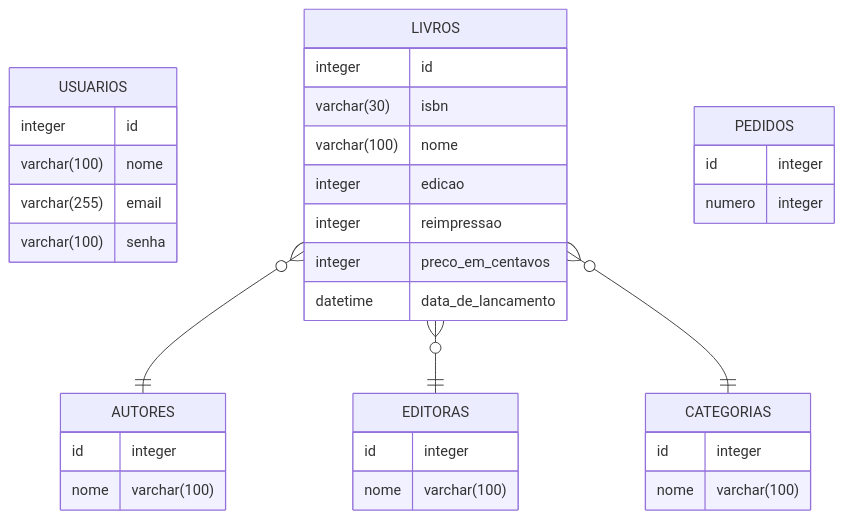
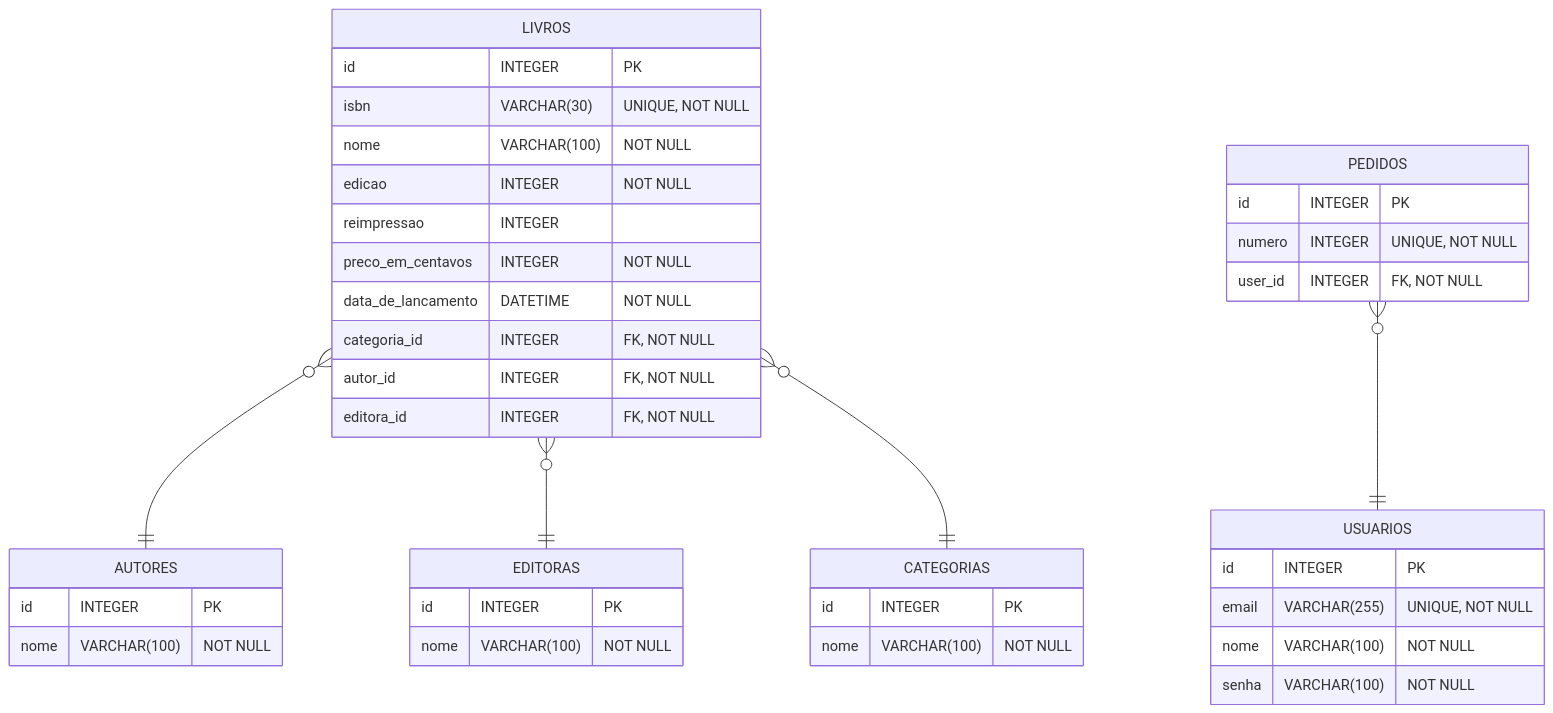
The diagram in docs/modeloRelacional.md (codando-junto/lucienne), drawn with Mermaid before and after one commit.

Commit message:
refact: adicionar chaves estrangeiras

````diff
--- a/docs/modeloRelacional.md
+++ b/docs/modeloRelacional.md
@@ -1,47 +1,52 @@
 ```mermaid
 erDiagram
     USUARIOS {
-        integer id
-        varchar(100) nome
-        varchar(255) email
-        varchar(100) senha
+        id INTEGER "PK"
+        email VARCHAR(255) "UNIQUE, NOT NULL"
+        nome VARCHAR(100) "NOT NULL"
+        senha VARCHAR(100) "NOT NULL"
+    }
+
+    CATEGORIAS {
+        id INTEGER "PK"
+        nome VARCHAR(100) "NOT NULL"
+    }
+
+    AUTORES {
+        id INTEGER "PK"
+        nome VARCHAR(100) "NOT NULL"
+    }
+
+    EDITORAS {
+        id INTEGER "PK"
+        nome VARCHAR(100) "NOT NULL"
     }
 
     LIVROS {
-        integer id
-        varchar(30) isbn
-        varchar(100) nome
-        integer edicao
-        integer reimpressao
-        integer preco_em_centavos
-        datetime data_de_lancamento
-    }
-
-    CATEGORIAS {
-        id integer
-        nome varchar(100)
-    }
-
-    AUTORES {
-        id integer
-        nome varchar(100)
-    }
-
-    EDITORAS {
-        id integer
-        nome varchar(100)
+        id INTEGER "PK"
+        isbn VARCHAR(30) "UNIQUE, NOT NULL"
+        nome VARCHAR(100) "NOT NULL"
+        edicao INTEGER "NOT NULL"
+        reimpressao INTEGER
+        preco_em_centavos INTEGER "NOT NULL"
+        data_de_lancamento DATETIME "NOT NULL"
+        categoria_id INTEGER "FK, NOT NULL"
+        autor_id INTEGER "FK, NOT NULL"
+        editora_id INTEGER "FK, NOT NULL"
     }
     
     PEDIDOS {
-        id integer
-        numero integer
-
+        id INTEGER "PK"
+        numero INTEGER "UNIQUE, NOT NULL"
+        user_id INTEGER "FK, NOT NULL"
     }
 
     LIVROS }o--|| AUTORES : ""
 
     LIVROS }o--|| EDITORAS : ""
 
     LIVROS }o--|| CATEGORIAS : ""
 
+    PEDIDOS }o--|| USUARIOS : ""
+
 ```
````
